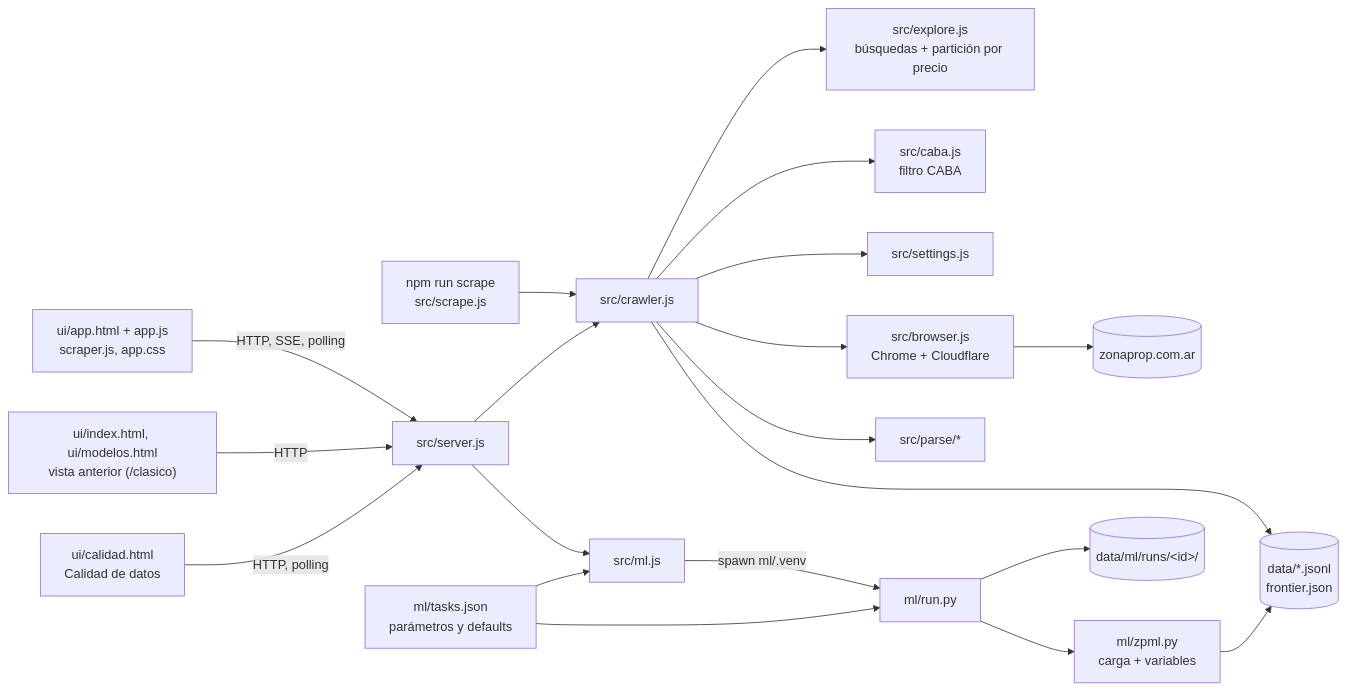
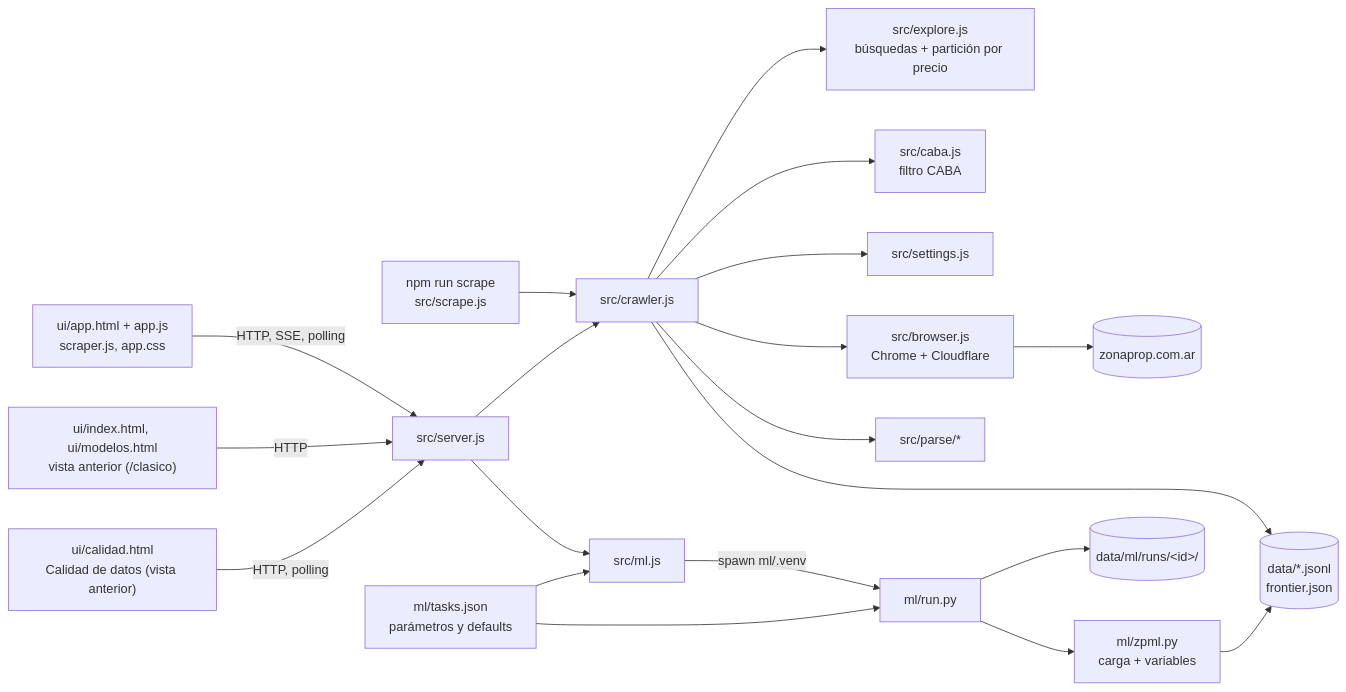
Before and after one commit to nicohorn/zonaprop-web-scraper: the diagram in README.md, drawn with Mermaid. The commit also changed other lines of this file and 5 other files, not shown here.

````diff
--- a/README.md
+++ b/README.md
@@ -21,18 +21,18 @@
 ```mermaid
 flowchart LR
   UI["ui/app.html + app.js<br/>scraper.js, app.css"] -->|HTTP, SSE, polling| S["src/server.js"]
   UC["ui/index.html, ui/modelos.html<br/>vista anterior (/clasico)"] -->|HTTP| S
-  UQ["ui/calidad.html<br/>Calidad de datos"] -->|HTTP, polling| S
+  UQ["ui/calidad.html<br/>Calidad de datos (vista anterior)"] -->|HTTP, polling| S
   CLI["npm run scrape<br/>src/scrape.js"] --> C
   S --> C["src/crawler.js"]
   C --> E["src/explore.js<br/>búsquedas + partición por precio"]
   C --> K["src/caba.js<br/>filtro CABA"]
   C --> ST["src/settings.js"]
   C --> B["src/browser.js<br/>Chrome + Cloudflare"] --> ZP[(zonaprop.com.ar)]
   C --> P["src/parse/*"]
   C --> D[("data/*.jsonl<br/>frontier.json")]
   S --> M["src/ml.js"] -->|spawn ml/.venv| R["ml/run.py"]
   R --> Z["ml/zpml.py<br/>carga + variables"] --> D
   R --> O[("data/ml/runs/&lt;id&gt;/")]
   T["ml/tasks.json<br/>parámetros y defaults"] --> M & R
 ```
````
